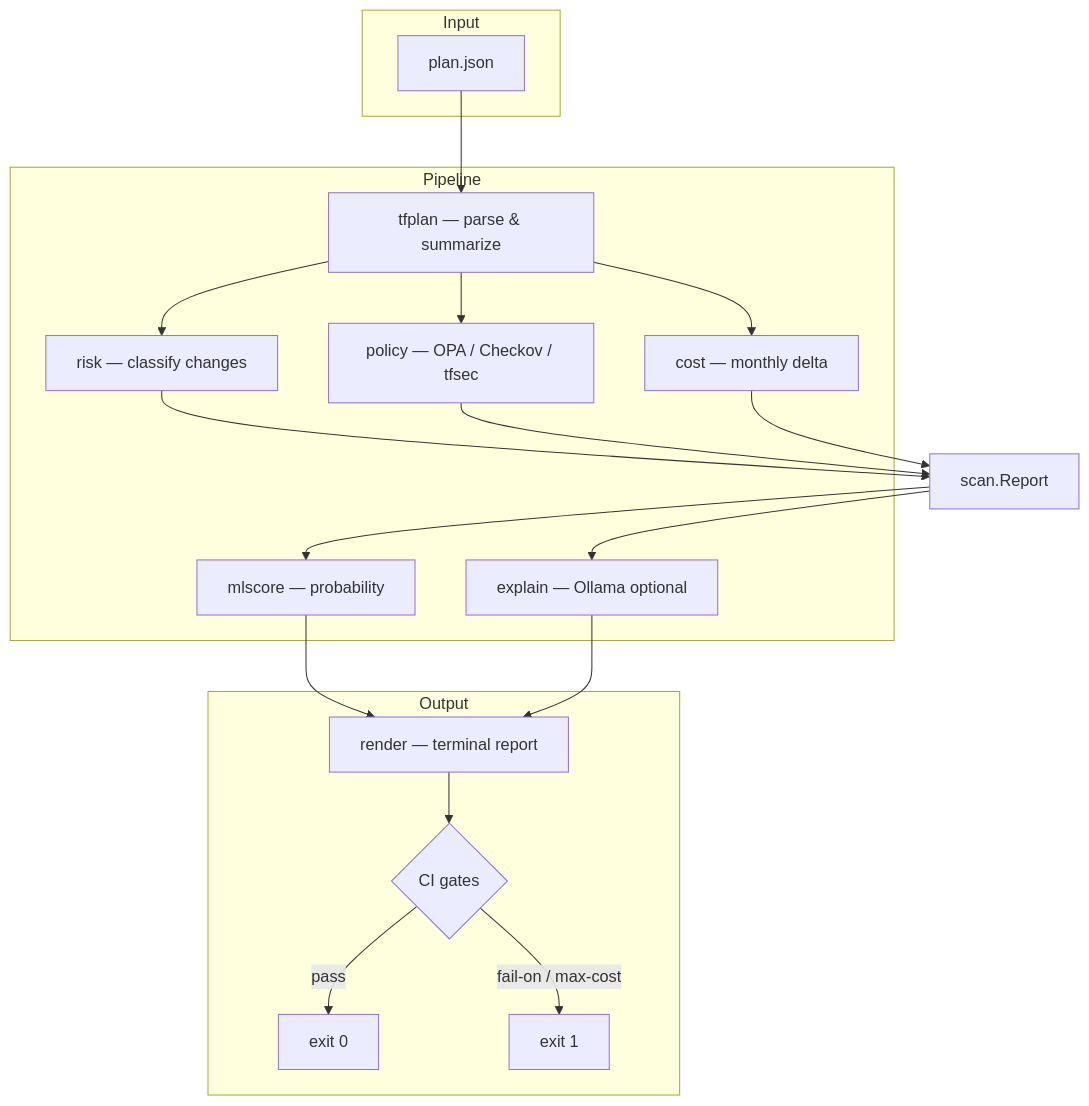
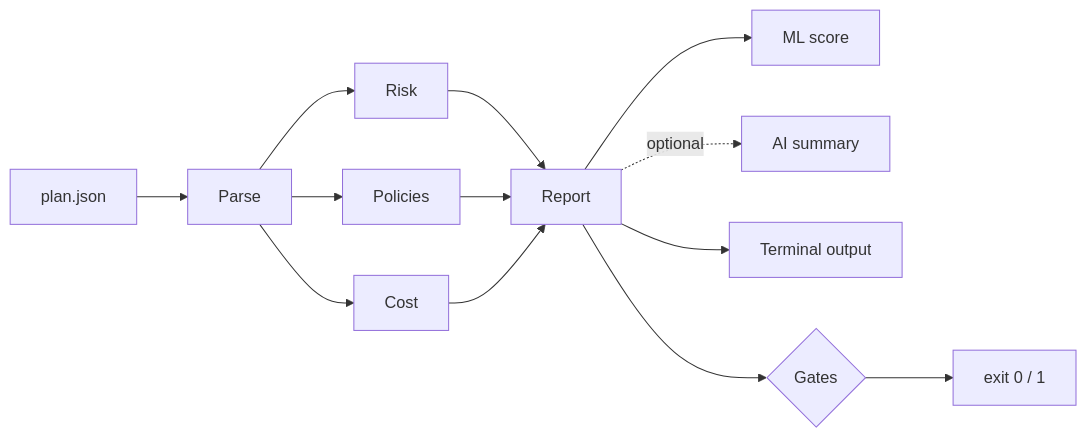
Before and after one commit to SamyBaouche/tfguard: the diagram in README.md, drawn with Mermaid. The commit also changed other lines of this file, not shown here.

````diff
--- a/README.md
+++ b/README.md
@@ -116,37 +178,15 @@
 ```mermaid
-flowchart TB
-  subgraph Input
-    A[plan.json]
-  end
-
-  subgraph Pipeline
-    B[tfplan — parse & summarize]
-    C[risk — classify changes]
-    D[policy — OPA / Checkov / tfsec]
-    E[cost — monthly delta]
-    F[mlscore — probability]
-    G[explain — Ollama optional]
-  end
-
-  subgraph Output
-    H[render — terminal report]
-    I{CI gates}
-    J[exit 0]
-    K[exit 1]
-  end
-
-  A --> B
-  B --> C
-  B --> D
-  B --> E
-  C --> scan[scan.Report]
-  D --> scan
-  E --> scan
-  scan --> F
-  scan --> G
-  F --> H
-  G --> H
-  H --> I
-  I -->|pass| J
-  I -->|fail-on / max-cost| K
+flowchart LR
+  A[plan.json] --> B[Parse]
+  B --> C[Risk]
+  B --> D[Policies]
+  B --> E[Cost]
+  C --> R[Report]
+  D --> R
+  E --> R
+  R --> F[ML score]
+  R -. optional .-> G[AI summary]
+  R --> H[Terminal output]
+  R --> I{Gates}
+  I --> J[exit 0 / 1]
 ```
````
